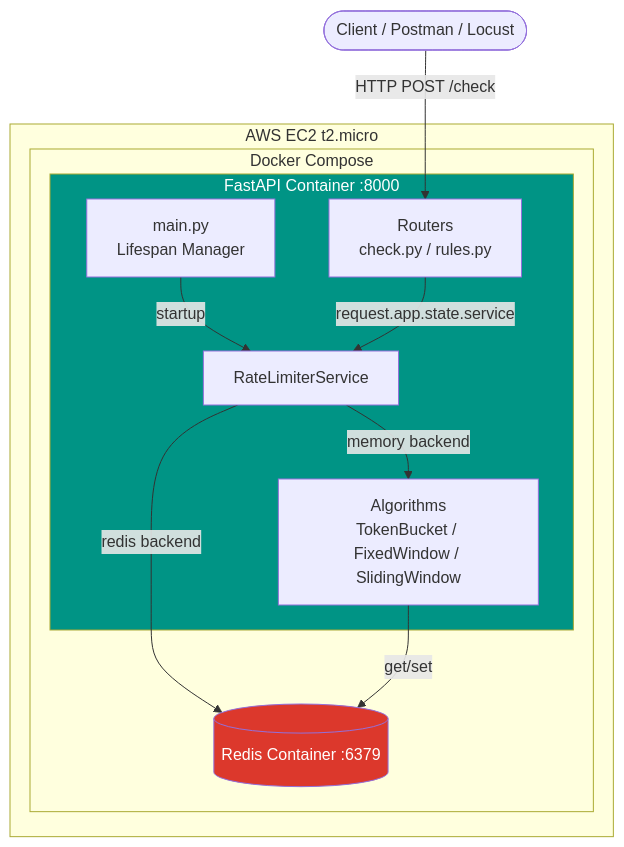
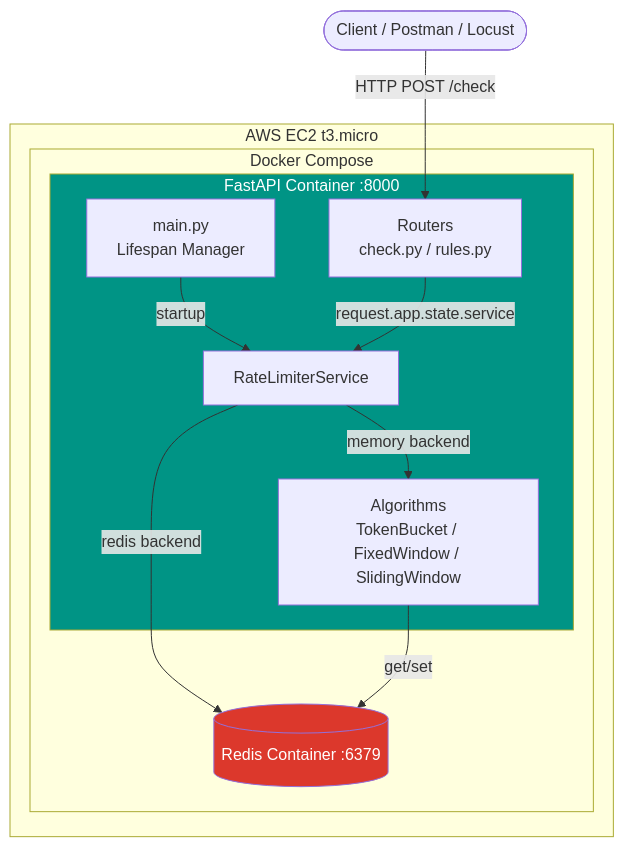
Before and after one commit to biswajeet-cray/rate-limiter: the first of 5 diagrams in docs/ARCHITECTURE.md, drawn with Mermaid. The commit also changed other lines of this file, not shown here.

Commit message:
Update architecture docs

````diff
--- a/docs/ARCHITECTURE.md
+++ b/docs/ARCHITECTURE.md
@@ -5,26 +5,26 @@
 ```mermaid
 graph TB
     Client([Client / Postman / Locust])
 
-    subgraph EC2["AWS EC2 t2.micro"]
+    subgraph EC2["AWS EC2 t3.micro"]
         subgraph DC["Docker Compose"]
             subgraph API["FastAPI Container :8000"]
                 Main[main.py<br/>Lifespan Manager]
                 Router[Routers<br/>check.py / rules.py]
                 Service[RateLimiterService]
                 Algo[Algorithms<br/>TokenBucket / FixedWindow / SlidingWindow]
             end
             Redis[(Redis Container :6379)]
         end
     end
 
     Client -->|HTTP POST /check| Router
     Main -->|startup| Service
     Router -->|request.app.state.service| Service
     Service -->|memory backend| Algo
     Service -->|redis backend| Redis
     Algo -->|get/set| Redis
 
     style Redis fill:#dc382c,color:#fff
     style API fill:#009485,color:#fff
 ```
````
